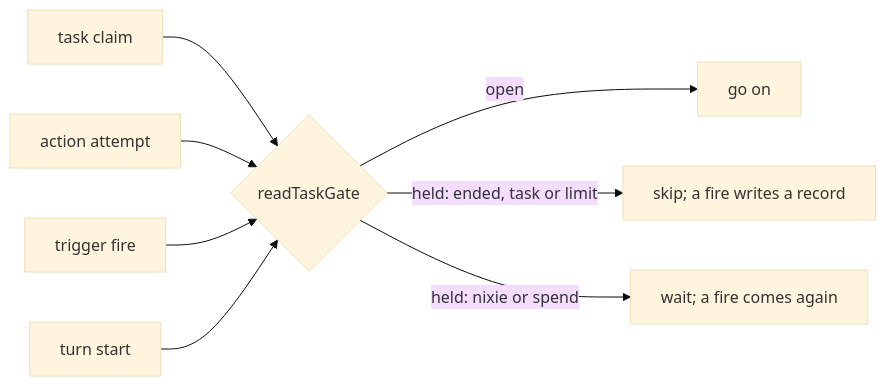
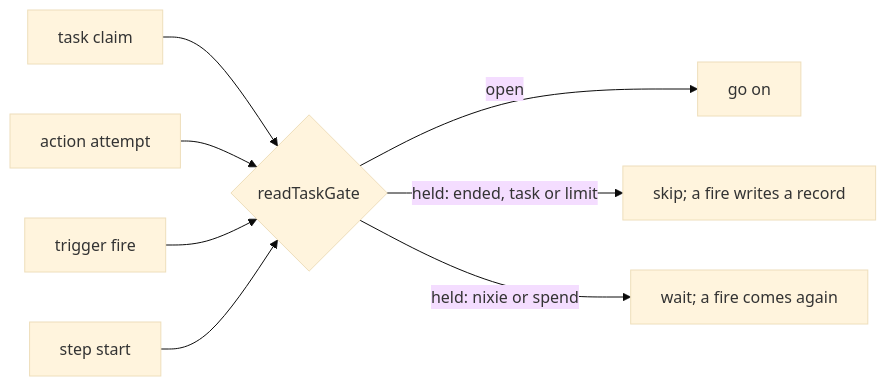
The diagram in docs/design/queue/task-gate.md (zgeoff/nixie), drawn with Mermaid (base theme) before and after one commit. The commit also changed other lines of this file, not shown here.

Commit message:
docs(design): answer the second round of tests on the task gate

````diff
--- a/docs/design/queue/task-gate.md
+++ b/docs/design/queue/task-gate.md
@@ -21,10 +19,10 @@
 ```mermaid
 flowchart LR
   claim[task claim] --> gate{readTaskGate}
   attempt[action attempt] --> gate
   fire[trigger fire] --> gate
-  turn[turn start] --> gate
+  step[step start] --> gate
   gate -->|"open"| go[go on]
   gate -->|"held: ended, task or limit"| skip[skip; a fire writes a record]
   gate -->|"held: nixie or spend"| wait[wait; a fire comes again]
 ```
````
